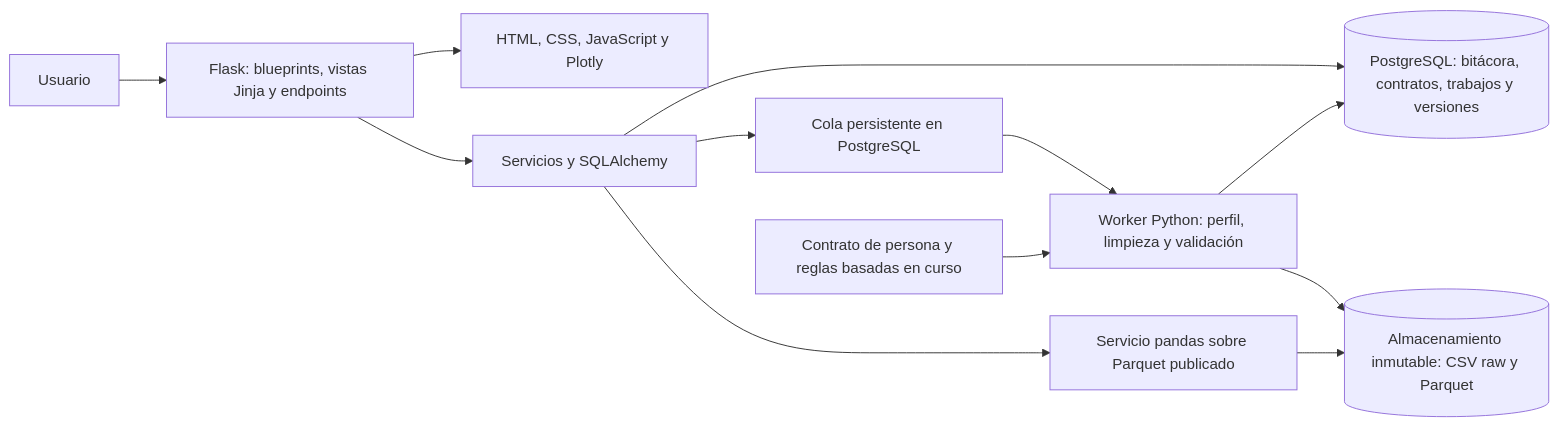
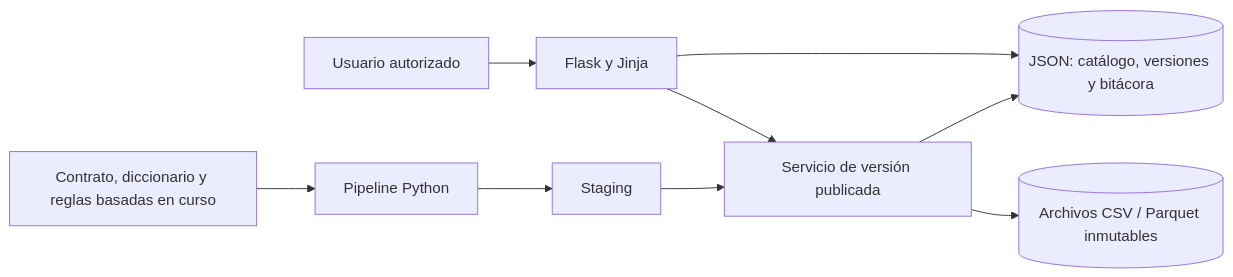
The diagram in docs/architecture.md (JulioArias7200/projectFinalDM), drawn with Mermaid before and after one commit. The commit also changed other lines of this file and 933 other files, not shown here.

````diff
--- a/docs/architecture.md
+++ b/docs/architecture.md
@@ -7,14 +9,11 @@
 ```mermaid
 flowchart LR
-  U[Usuario] --> A[Flask: blueprints, vistas Jinja y endpoints]
-  A --> F[HTML, CSS, JavaScript y Plotly]
-  A --> S[Servicios y SQLAlchemy]
-  S --> P[(PostgreSQL: bitácora, contratos, trabajos y versiones)]
-  S --> Q[Cola persistente en PostgreSQL]
-  Q --> W[Worker Python: perfil, limpieza y validación]
-  C[Contrato de persona y reglas basadas en curso] --> W
-  W --> O[(Almacenamiento inmutable: CSV raw y Parquet)]
-  W --> P
-  S --> D[Servicio pandas sobre Parquet publicado]
-  D --> O
+  U[Usuario autorizado] --> A[Flask y Jinja]
+  A --> J[(JSON: catálogo, versiones y bitácora)]
+  A --> V[Servicio de versión publicada]
+  V --> F[(Archivos CSV / Parquet inmutables)]
+  C[Contrato, diccionario y reglas basadas en curso] --> W[Pipeline Python]
+  W --> S[Staging]
+  S --> V
+  V --> J
 ```
````
